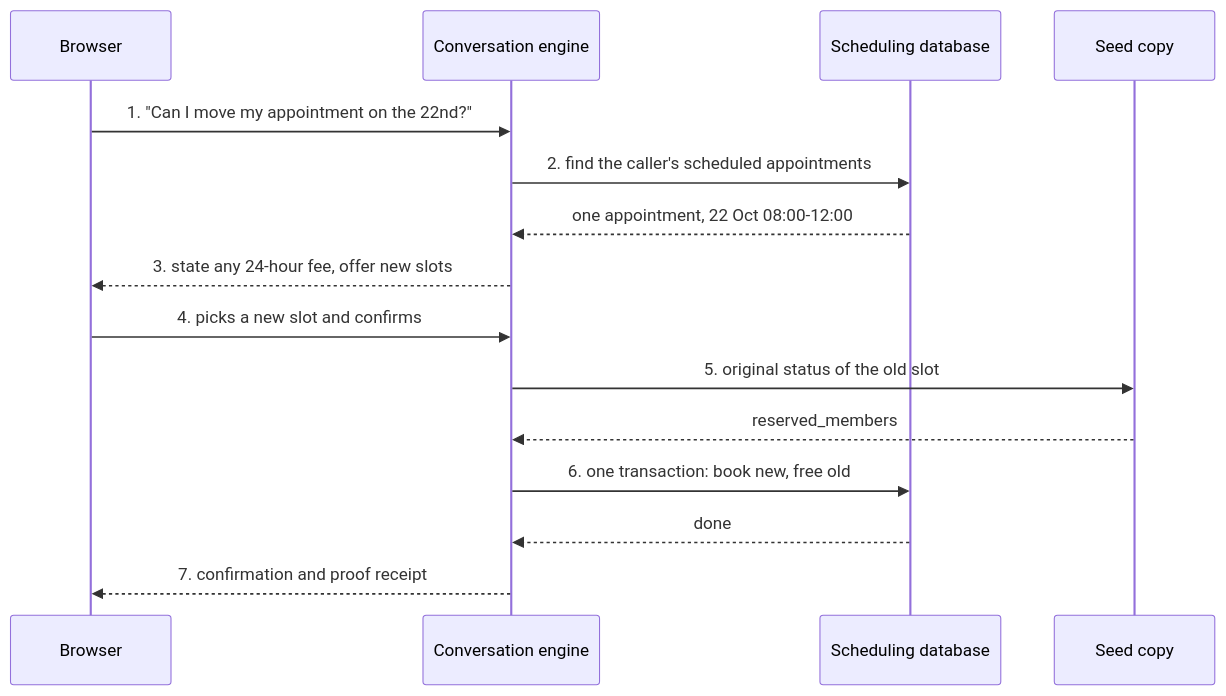
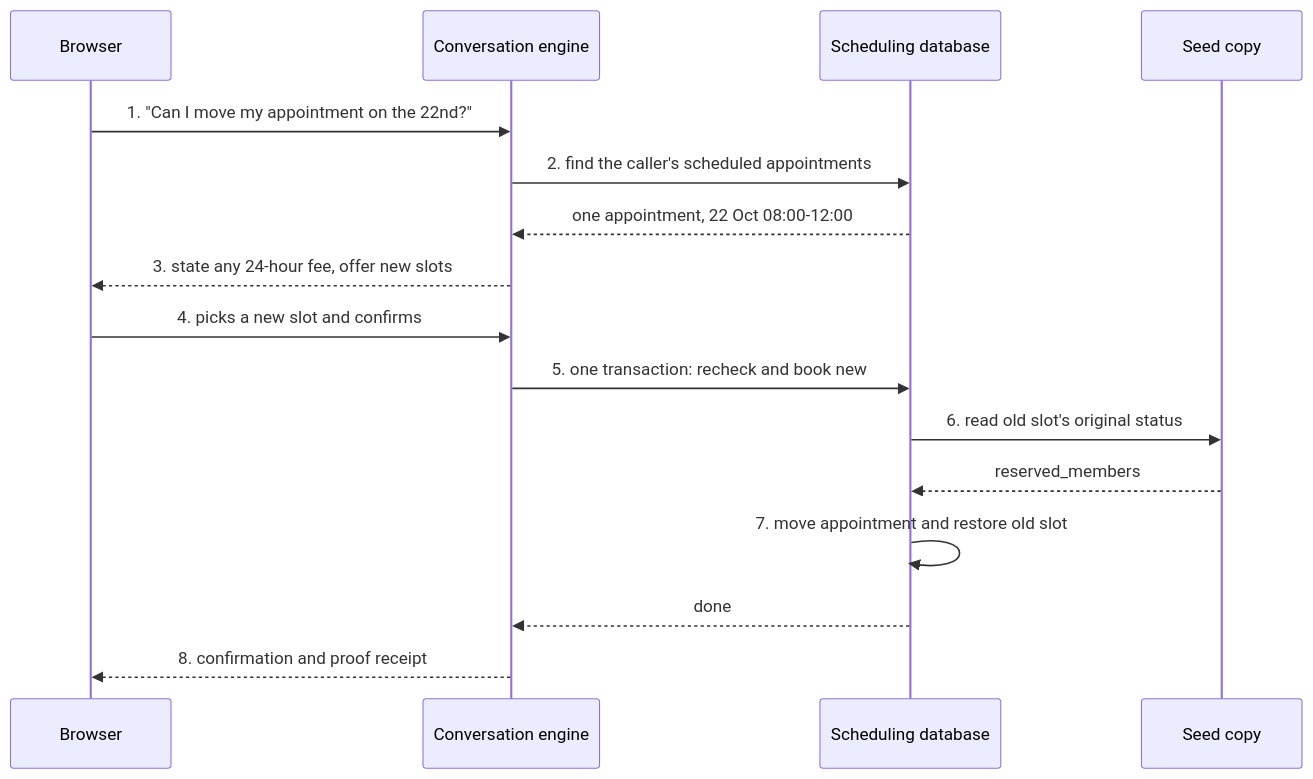
The eighth of 21 diagrams in docs/ARCHITECTURE.md (lucycchi/AI_Call_Center_Agent), drawn with Mermaid before and after one commit. The commit also changed other lines of this file and 29 other files, not shown here.

````diff
--- a/docs/ARCHITECTURE.md
+++ b/docs/ARCHITECTURE.md
@@ -402,17 +407,18 @@
 ```mermaid
 sequenceDiagram
     participant B as Browser
     participant E as Conversation engine
     participant D as Scheduling database
     participant SC as Seed copy
     B->>E: 1. "Can I move my appointment on the 22nd?"
     E->>D: 2. find the caller's scheduled appointments
     D-->>E: one appointment, 22 Oct 08:00-12:00
     E-->>B: 3. state any 24-hour fee, offer new slots
     B->>E: 4. picks a new slot and confirms
-    E->>SC: 5. original status of the old slot
-    SC-->>E: reserved_members
-    E->>D: 6. one transaction: book new, free old
+    E->>D: 5. one transaction: recheck and book new
+    D->>SC: 6. read old slot's original status
+    SC-->>D: reserved_members
+    D->>D: 7. move appointment and restore old slot
     D-->>E: done
-    E-->>B: 7. confirmation and proof receipt
+    E-->>B: 8. confirmation and proof receipt
 ```
````
